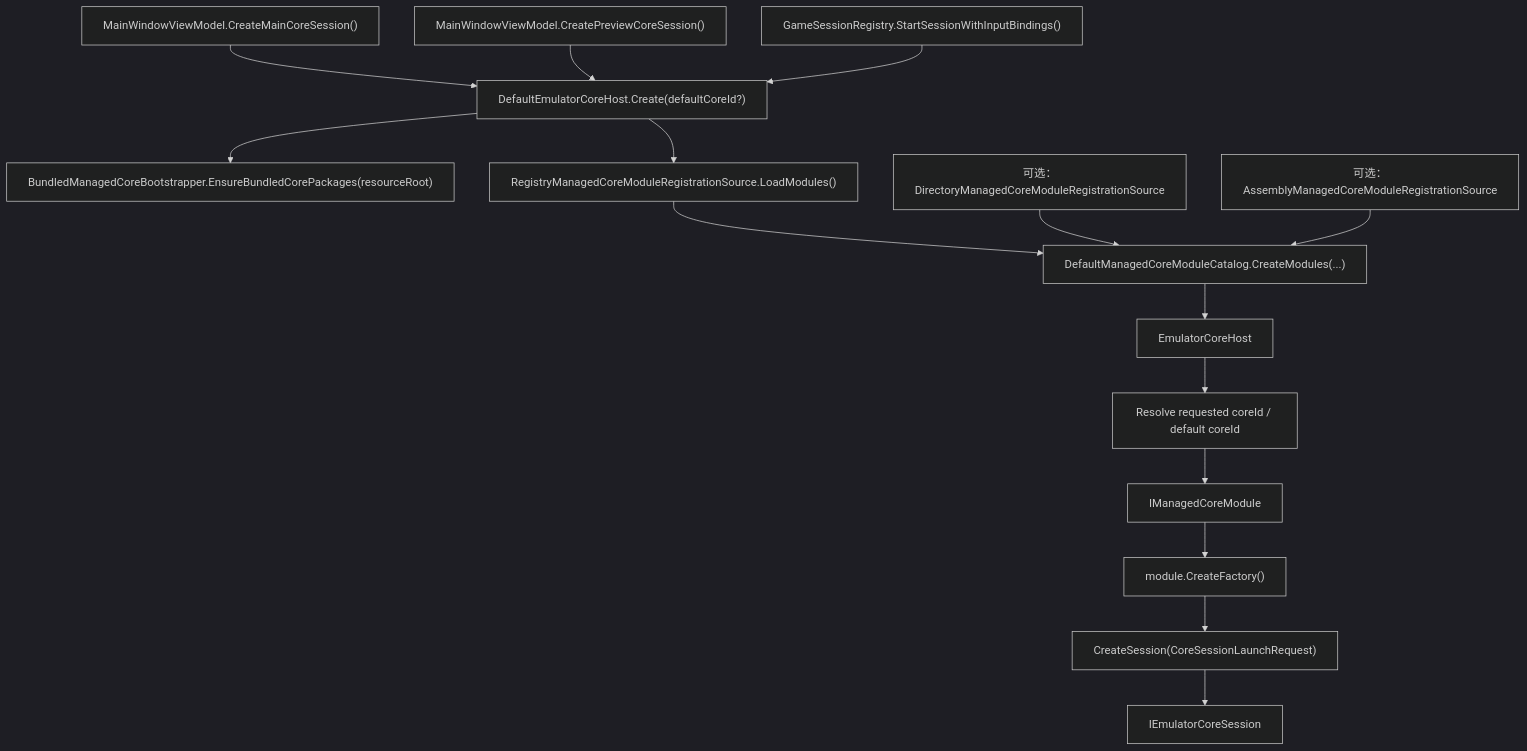
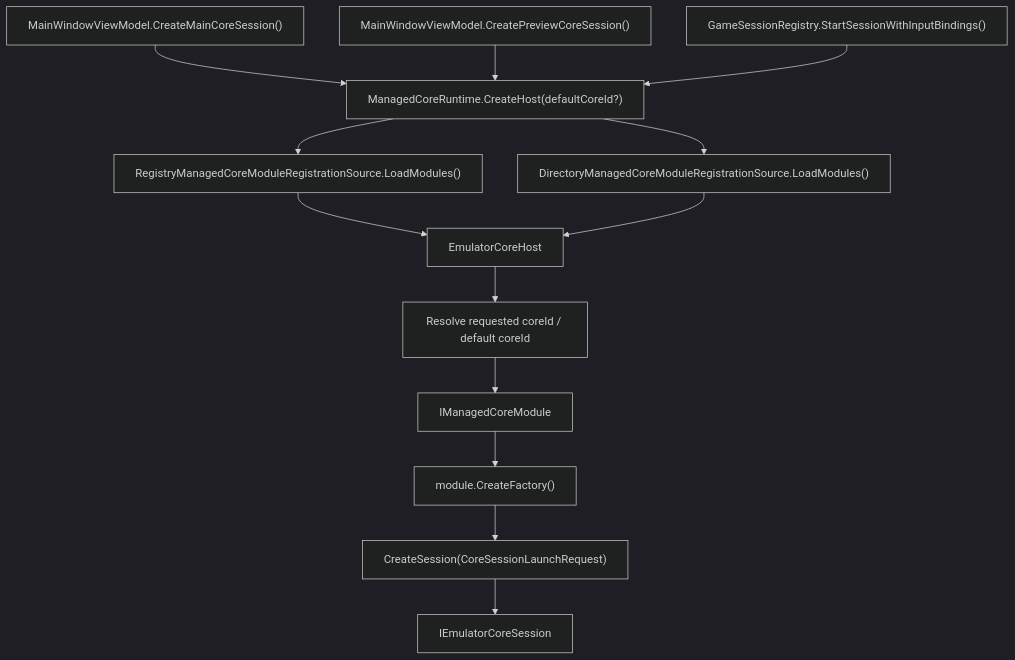
The third of 6 diagrams in docs/whats-new/FC-REVOLUTION-CURRENT-RUNTIME-FLOW.md (pxm-yls/FC-revolution), drawn with Mermaid (dark theme) before and after one commit. The commit also changed other lines of this file and 18 other files, not shown here.

````diff
--- a/docs/whats-new/FC-REVOLUTION-CURRENT-RUNTIME-FLOW.md
+++ b/docs/whats-new/FC-REVOLUTION-CURRENT-RUNTIME-FLOW.md
@@ -95,19 +92,16 @@
 ```mermaid
 flowchart TD
-    CallerA["MainWindowViewModel.CreateMainCoreSession()"] --> HostCreate["DefaultEmulatorCoreHost.Create(defaultCoreId?)"]
+    CallerA["MainWindowViewModel.CreateMainCoreSession()"] --> HostCreate["ManagedCoreRuntime.CreateHost(defaultCoreId?)"]
     CallerB["MainWindowViewModel.CreatePreviewCoreSession()"] --> HostCreate
     CallerC["GameSessionRegistry.StartSessionWithInputBindings()"] --> HostCreate
 
-    HostCreate --> EnsureBundled["BundledManagedCoreBootstrapper.EnsureBundledCorePackages(resourceRoot)"]
     HostCreate --> RegistrySource["RegistryManagedCoreModuleRegistrationSource.LoadModules()"]
-    RegistrySource --> ModuleCatalog["DefaultManagedCoreModuleCatalog.CreateModules(...)"]
-    ModuleCatalog --> Host["EmulatorCoreHost"]
+    HostCreate --> Probe["DirectoryManagedCoreModuleRegistrationSource.LoadModules()"]
+    RegistrySource --> Host["EmulatorCoreHost"]
+    Probe --> Host
     Host --> SelectCore["Resolve requested coreId / default coreId"]
     SelectCore --> Module["IManagedCoreModule"]
     Module --> Factory["module.CreateFactory()"]
     Factory --> Session["CreateSession(CoreSessionLaunchRequest)"]
     Session --> CoreSession["IEmulatorCoreSession"]
-
-    Probe["可选：DirectoryManagedCoreModuleRegistrationSource"] --> ModuleCatalog
-    Assembly["可选：AssemblyManagedCoreModuleRegistrationSource"] --> ModuleCatalog
 ```
````
